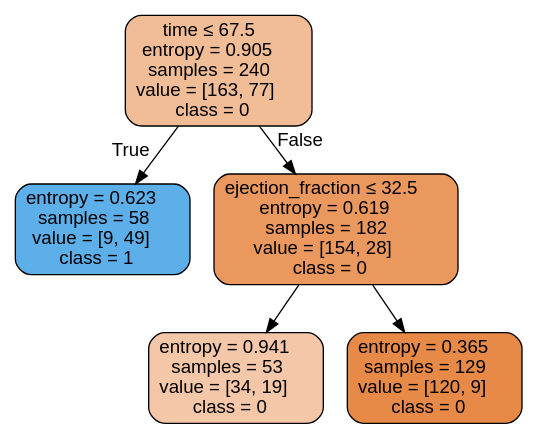
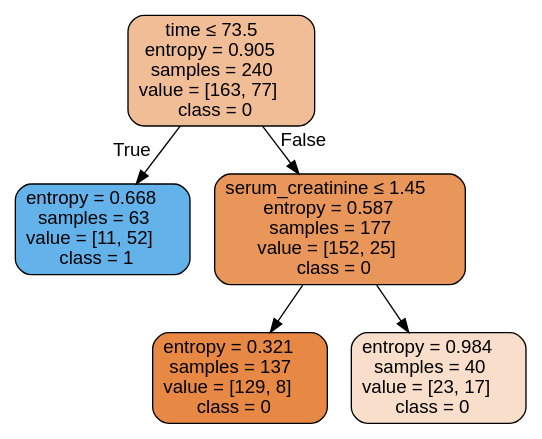
Before and after one commit to isabelSoares/CD-2021: the diagram in Labs/NewClassifiers/Results/DecisionTrees/Original/ - No Outliers & Feature Selection/HFCR - Original - dtree.dot, drawn with Graphviz. The commit also changed 281 other files, not shown here.

```diff
--- a/Labs/NewClassifiers/Results/DecisionTrees/Original/ - No Outliers & Feature Selection/HFCR - Original - dtree.dot
+++ b/Labs/NewClassifiers/Results/DecisionTrees/Original/ - No Outliers & Feature Selection/HFCR - Original - dtree.dot
@@ -1,13 +1,13 @@
 digraph Tree {
 node [shape=box, style="filled, rounded", color="black", fontname=helvetica] ;
 edge [fontname=helvetica] ;
-0 [label=<time &le; 67.5<br/>entropy = 0.905<br/>samples = 240<br/>value = [163, 77]<br/>class = 0>, fillcolor="#f1bd97"] ;
-1 [label=<entropy = 0.623<br/>samples = 58<br/>value = [9, 49]<br/>class = 1>, fillcolor="#5dafea"] ;
+0 [label=<time &le; 73.5<br/>entropy = 0.905<br/>samples = 240<br/>value = [163, 77]<br/>class = 0>, fillcolor="#f1bd97"] ;
+1 [label=<entropy = 0.668<br/>samples = 63<br/>value = [11, 52]<br/>class = 1>, fillcolor="#63b2ea"] ;
 0 -> 1 [labeldistance=2.5, labelangle=45, headlabel="True"] ;
-2 [label=<ejection_fraction &le; 32.5<br/>entropy = 0.619<br/>samples = 182<br/>value = [154, 28]<br/>class = 0>, fillcolor="#ea985d"] ;
+2 [label=<serum_creatinine &le; 1.45<br/>entropy = 0.587<br/>samples = 177<br/>value = [152, 25]<br/>class = 0>, fillcolor="#e9965a"] ;
 0 -> 2 [labeldistance=2.5, labelangle=-45, headlabel="False"] ;
-3 [label=<entropy = 0.941<br/>samples = 53<br/>value = [34, 19]<br/>class = 0>, fillcolor="#f4c7a8"] ;
+3 [label=<entropy = 0.321<br/>samples = 137<br/>value = [129, 8]<br/>class = 0>, fillcolor="#e78945"] ;
 2 -> 3 ;
-4 [label=<entropy = 0.365<br/>samples = 129<br/>value = [120, 9]<br/>class = 0>, fillcolor="#e78a48"] ;
+4 [label=<entropy = 0.984<br/>samples = 40<br/>value = [23, 17]<br/>class = 0>, fillcolor="#f8decb"] ;
 2 -> 4 ;
 }
```
